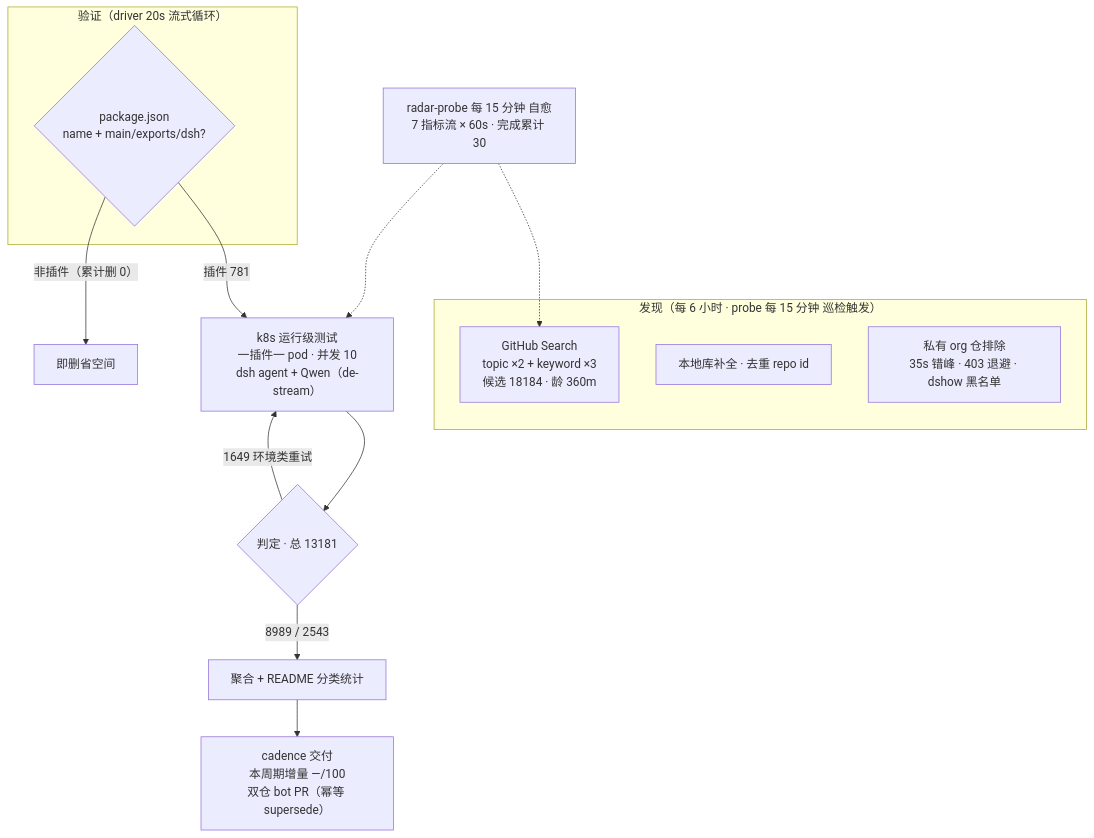
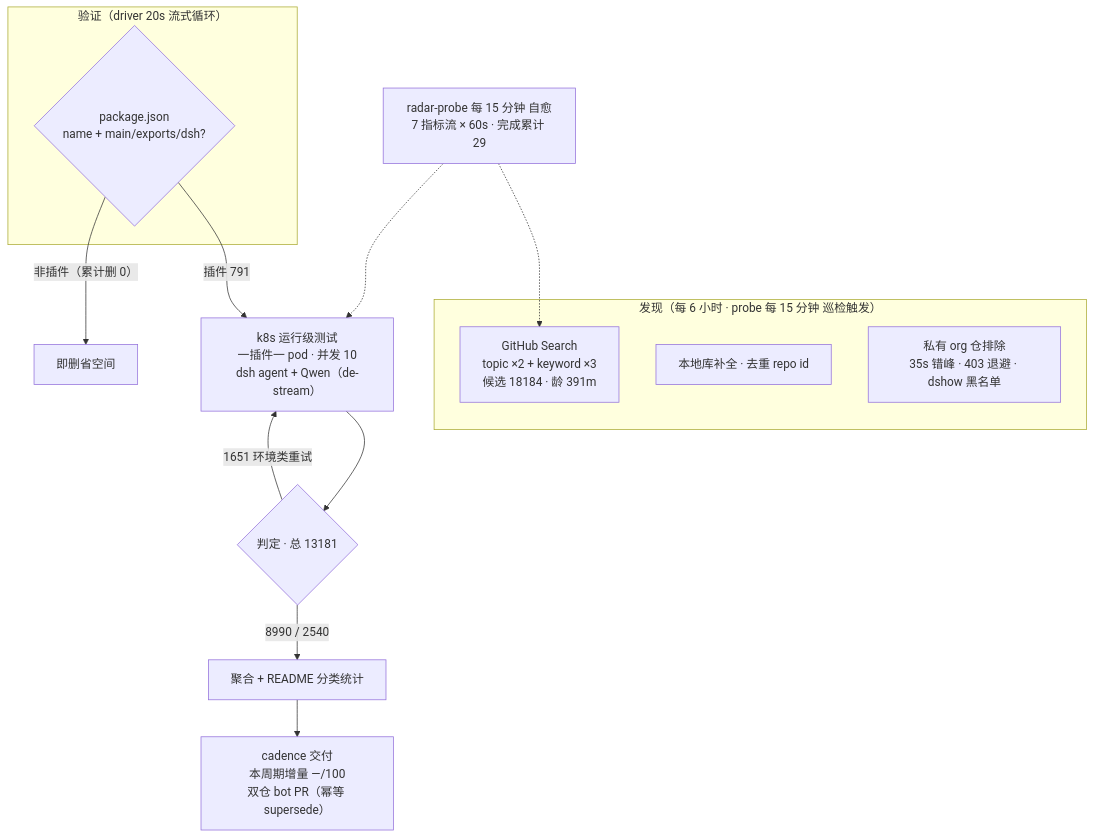
The diagram in README.md (AdamPlatin123/awesome-dsh-plugins), drawn with Mermaid before and after one commit. The commit also changed other lines of this file and 5 other files, not shown here.

````diff
--- a/README.md
+++ b/README.md
@@ -52,20 +52,20 @@
 ```mermaid
 flowchart TB
     subgraph Discovery["发现（每 6 小时 · probe 每 15 分钟 巡检触发）"]
-        A1["GitHub Search<br/>topic ×2 + keyword ×3<br/>候选 18184 · 龄 360m"]
+        A1["GitHub Search<br/>topic ×2 + keyword ×3<br/>候选 18184 · 龄 391m"]
         A2["本地库补全 · 去重 repo id"]
         A3["私有 org 仓排除<br/>35s 错峰 · 403 退避 · dshow 黑名单"]
     end
     subgraph Validation["验证（driver 20s 流式循环）"]
         B1{"package.json<br/>name + main/exports/dsh?"}
     end
-    B1 -->|"插件 781"| C1["k8s 运行级测试<br/>一插件一 pod · 并发 10<br/>dsh agent + Qwen（de-stream）"]
+    B1 -->|"插件 791"| C1["k8s 运行级测试<br/>一插件一 pod · 并发 10<br/>dsh agent + Qwen（de-stream）"]
     B1 -->|"非插件（累计删 0）"| B3["即删省空间"]
     C1 --> D1{"判定 · 总 13181"}
-    D1 -->|"8989 / 2543"| E1["聚合 + README 分类统计"]
-    D1 -->|"1649 环境类重试"| C1
+    D1 -->|"8990 / 2540"| E1["聚合 + README 分类统计"]
+    D1 -->|"1651 环境类重试"| C1
     E1 --> E2["cadence 交付<br/>本周期增量 —/100<br/>双仓 bot PR（幂等 supersede）"]
-    M["radar-probe 每 15 分钟 自愈<br/>7 指标流 × 60s · 完成累计 30"]
+    M["radar-probe 每 15 分钟 自愈<br/>7 指标流 × 60s · 完成累计 29"]
     M -.-> A1
     M -.-> C1
 ```
````
